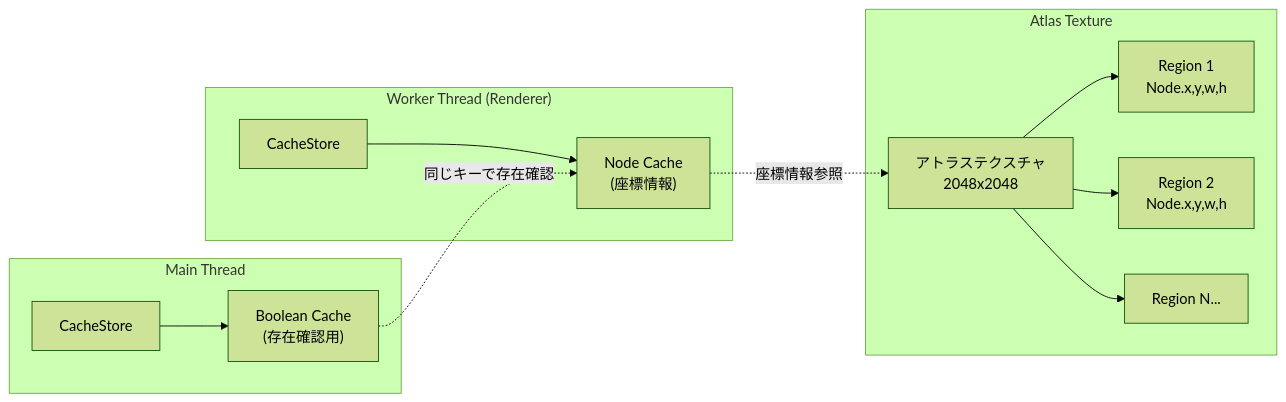
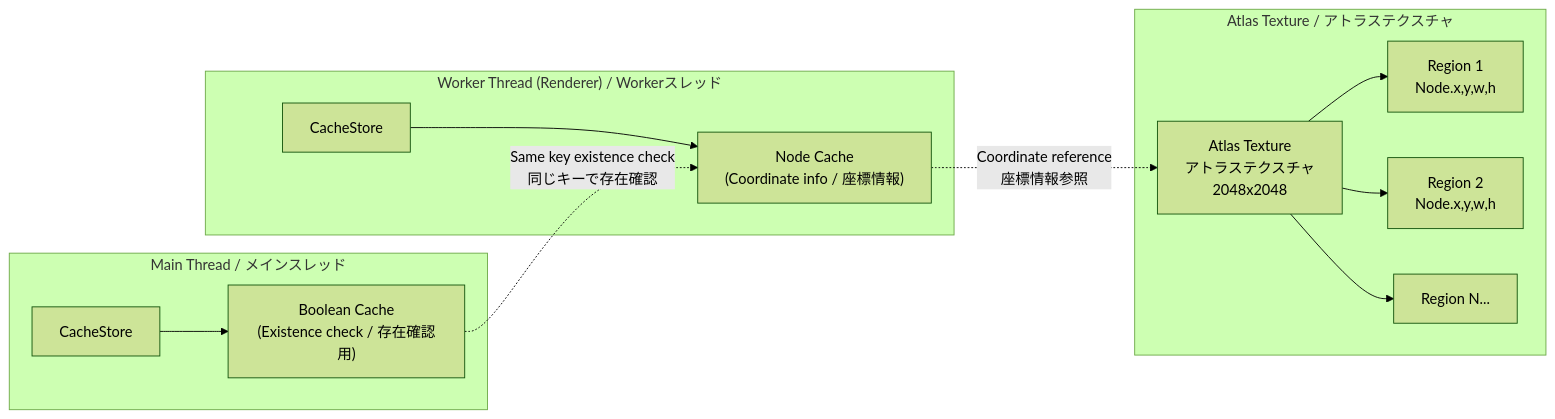
One commit to Next2D/player changed the fifth of 5 diagrams in packages/cache/README.md. Above: the diagram before and after it, drawn with Mermaid (forest theme). The commit also changed other lines of this file, not shown here.

````diff
--- a/packages/cache/README.md
+++ b/packages/cache/README.md
@@ -154,27 +171,27 @@
 ```mermaid
 flowchart LR
-    subgraph "Main Thread"
+    subgraph "Main Thread / メインスレッド"
         MC[CacheStore]
-        MB["Boolean Cache<br/>(存在確認用)"]
+        MB["Boolean Cache<br/>(Existence check / 存在確認用)"]
         MC --> MB
     end
 
-    subgraph "Worker Thread (Renderer)"
+    subgraph "Worker Thread (Renderer) / Workerスレッド"
         WC[CacheStore]
-        WN["Node Cache<br/>(座標情報)"]
+        WN["Node Cache<br/>(Coordinate info / 座標情報)"]
         WC --> WN
     end
 
-    subgraph "Atlas Texture"
-        AT[アトラステクスチャ<br/>2048x2048]
+    subgraph "Atlas Texture / アトラステクスチャ"
+        AT[Atlas Texture<br/>アトラステクスチャ<br/>2048x2048]
         R1[Region 1<br/>Node.x,y,w,h]
         R2[Region 2<br/>Node.x,y,w,h]
         RN[Region N...]
         AT --> R1
         AT --> R2
         AT --> RN
     end
 
-    MB -.->|同じキーで存在確認| WN
-    WN -.->|座標情報参照| AT
+    MB -.->|Same key existence check<br/>同じキーで存在確認| WN
+    WN -.->|Coordinate reference<br/>座標情報参照| AT
 ```
````
